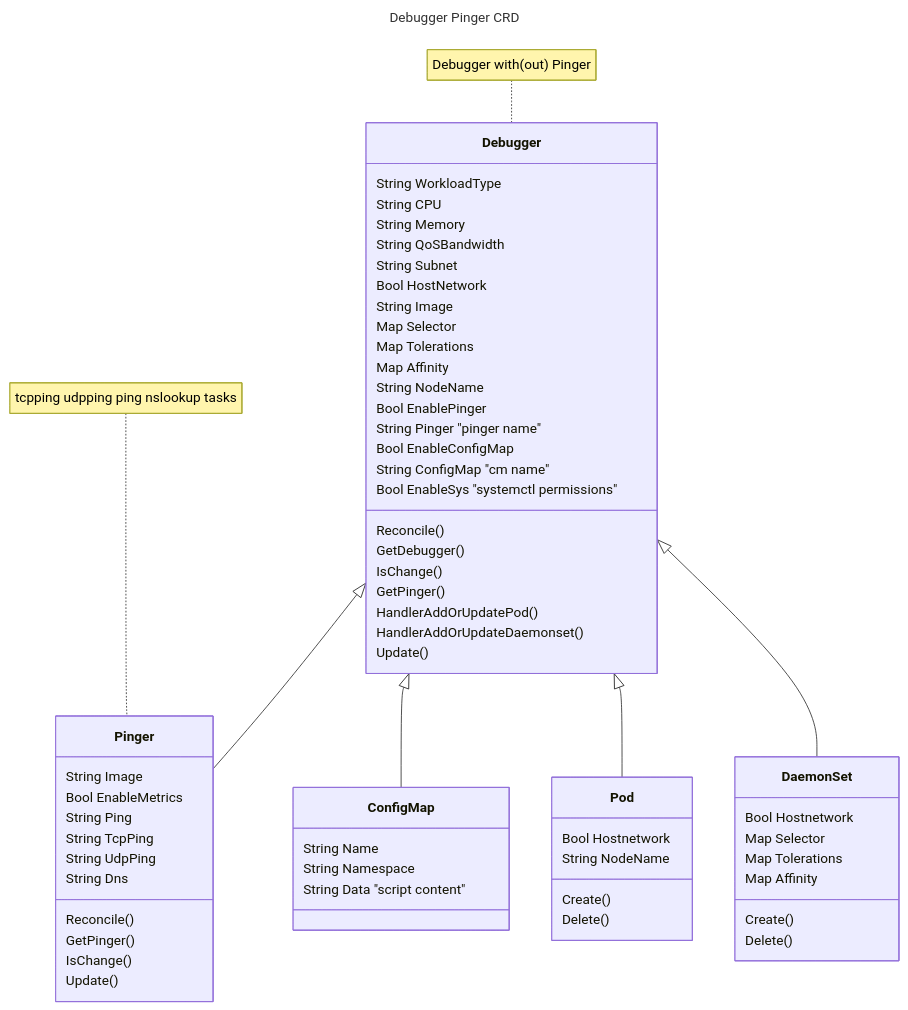
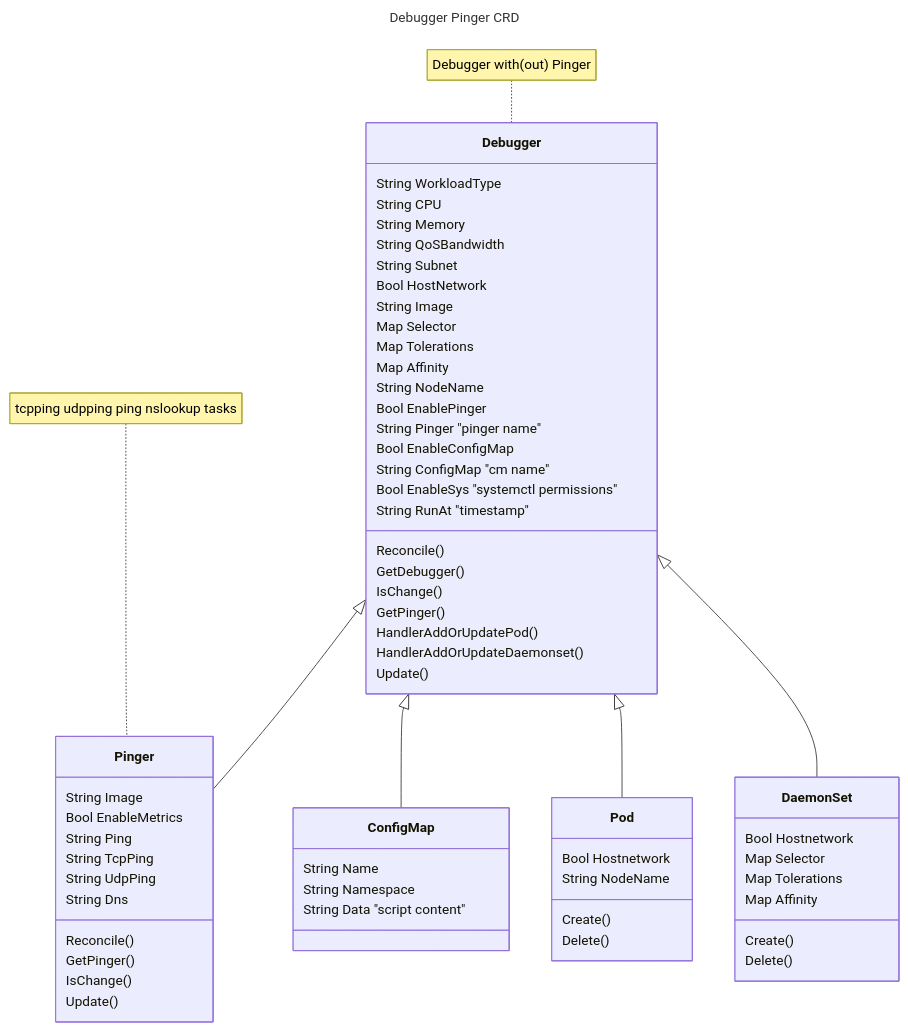
One commit to kubecombo/kube-combo changed the first of 3 diagrams in docs/debugger-pinger.md. Above: the diagram before and after it, drawn with Mermaid. The commit also changed other lines of this file, not shown here.

````diff
--- a/docs/debugger-pinger.md
+++ b/docs/debugger-pinger.md
@@ -5,77 +5,78 @@
 ```mermaid
 ---
 title: Debugger Pinger CRD
 ---
 classDiagram
     note for Debugger "Debugger with(out) Pinger"
     Debugger <|-- Pinger
     Debugger <|-- ConfigMap
     note for Pinger "tcpping udpping ping nslookup tasks"
     Debugger <|-- Pod
     Debugger <|-- DaemonSet
 
     class Debugger {
         String WorkloadType
         String CPU
         String Memory
         String QoSBandwidth
         String Subnet
         Bool HostNetwork
         String Image
         Map Selector
         Map Tolerations
         Map Affinity
         String NodeName
         Bool EnablePinger
         String Pinger "pinger name"
         Bool EnableConfigMap
         String ConfigMap "cm name"
         Bool EnableSys "systemctl permissions"
+        String RunAt "timestamp"
 
         Reconcile()
         GetDebugger()
         IsChange()
         GetPinger()
         HandlerAddOrUpdatePod()
         HandlerAddOrUpdateDaemonset()
         Update()
     }
 
    class ConfigMap {
         String Name
         String Namespace
         String Data "script content"
    }
 
    class Pinger {
         String Image
         Bool EnableMetrics
         String Ping
         String TcpPing
         String UdpPing
         String Dns
 
         Reconcile()
         GetPinger()
         IsChange()
         Update()
     }
 
    class Pod {
         Bool Hostnetwork
         String NodeName
 
         Create()
         Delete()
     }
 
    class DaemonSet {
      Bool Hostnetwork
      Map Selector
      Map Tolerations
      Map Affinity
 
      Create()
      Delete()
     }
 ```
````
